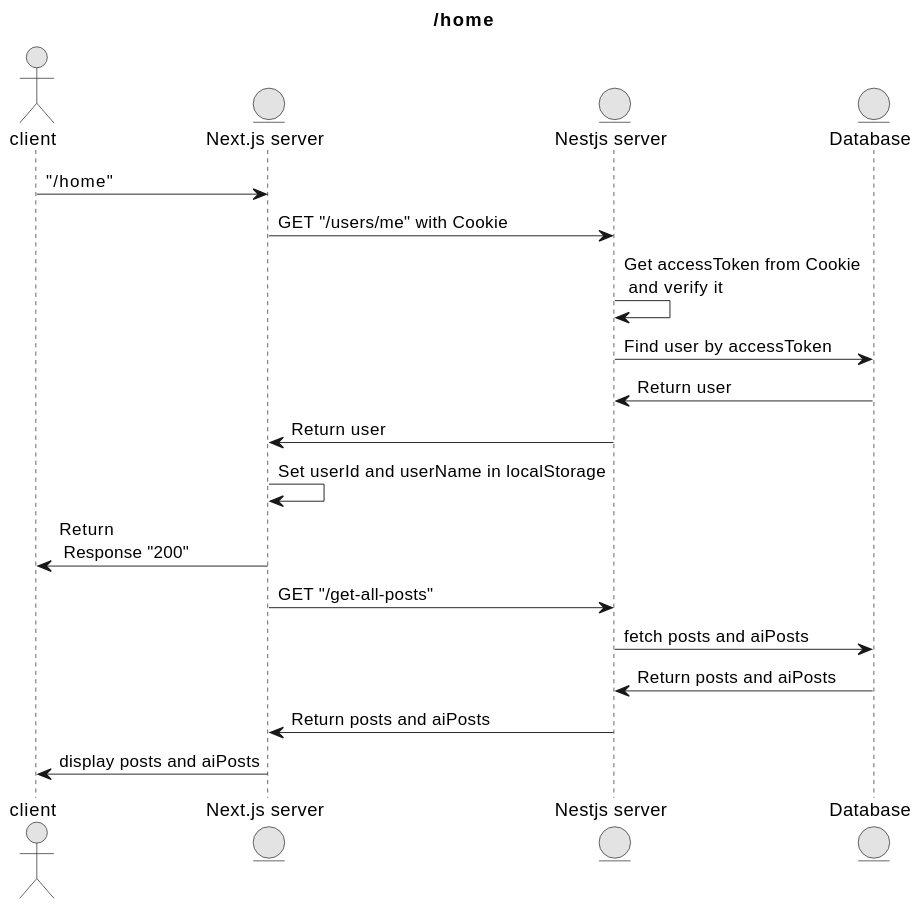
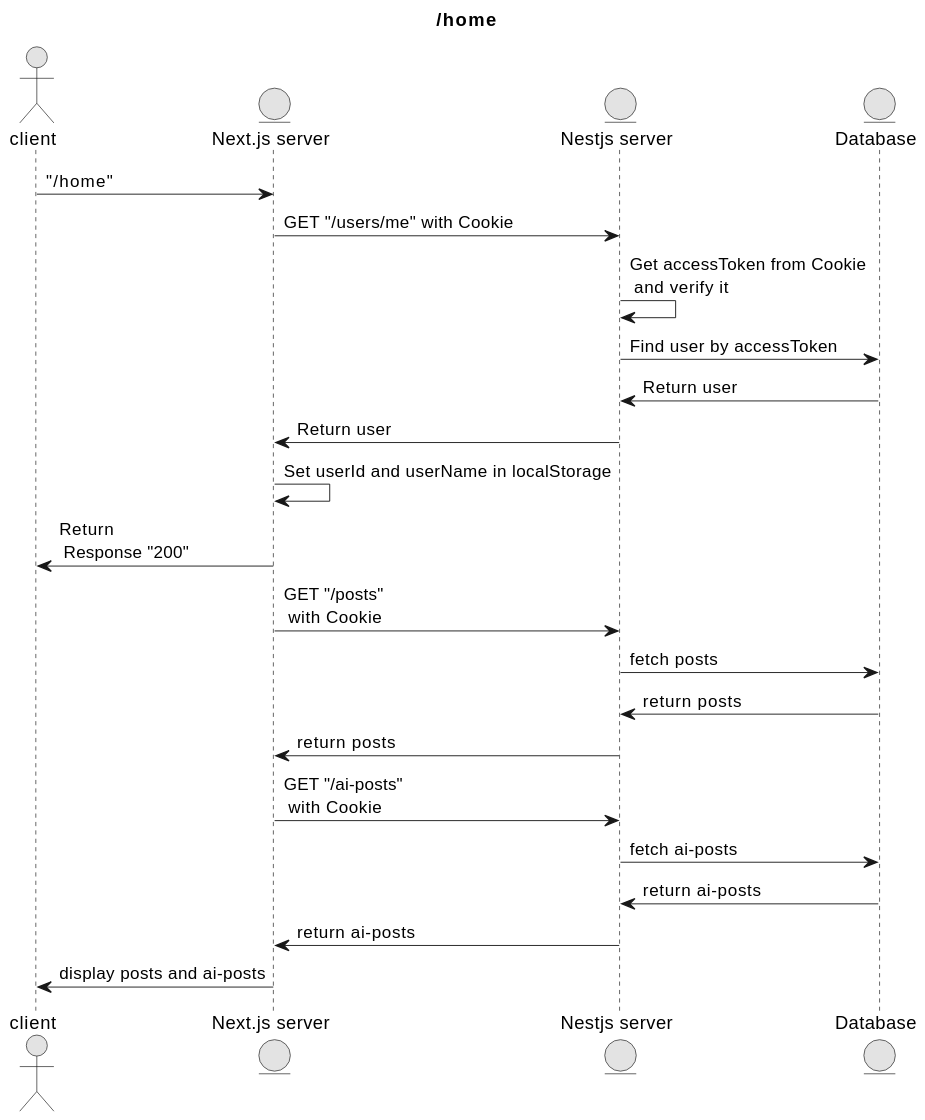
The diagram in public/diagram/home/home.adoc (tomo324/idea-app-front), drawn with PlantUML before and after one commit. The commit also changed 10 other files, not shown here.

```diff
--- a/public/diagram/home/home.adoc
+++ b/public/diagram/home/home.adoc
@@ -1,26 +1,31 @@
 [plantuml,alice-bob,svg,role=sequence]
 ....
 title /home
 skinparam monochrome true
 skinparam ranksep 20
 skinparam dpi 150
 skinparam arrowThickness 0.7
 
 actor client
 entity "Next.js server" as next
 entity "Nestjs server" as nest
 entity "Database" as db
 client->next: "/home"
 next->nest: GET "/users/me" with Cookie
 nest->nest: Get accessToken from Cookie \n and verify it
 nest->db: Find user by  accessToken
 db->nest: Return user
 nest->next: Return user
 next->next: Set userId and userName in localStorage
 next->client: Return \n Response "200"
-next->nest: GET "/get-all-posts"
-nest->db: fetch posts and aiPosts
-db->nest: Return posts and aiPosts
-nest->next: Return posts and aiPosts
-next->client: display posts and aiPosts
+next->nest: GET "/posts" \n with Cookie
+nest->db: fetch posts
+db->nest: return posts
+nest->next: return posts
+next->nest: GET "/ai-posts" \n with Cookie
+nest->db: fetch ai-posts
+db->nest: return ai-posts
+nest->next: return ai-posts
+next->client: display posts and ai-posts
+
 ....
```
